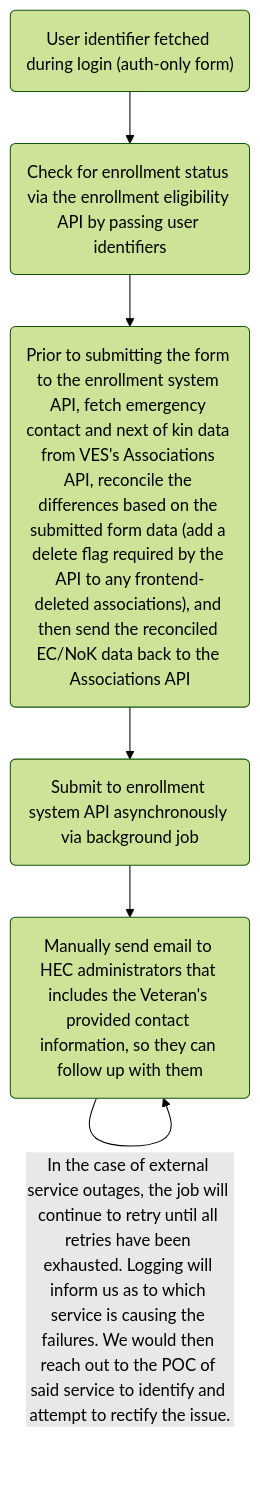
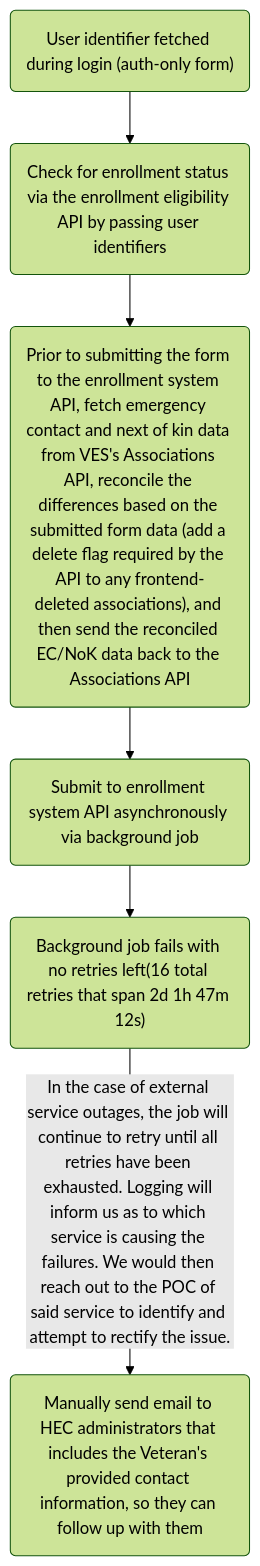
Before and after one commit to department-of-veterans-affairs/va.gov-team: the diagram in products/health-care/application/health-update-form/Engineering/10-10EZR Flow Chart.md, drawn with Mermaid.

Commit message:
Update 10-10EZR Flow Chart.md

````diff
--- a/products/health-care/application/health-update-form/Engineering/10-10EZR Flow Chart.md
+++ b/products/health-care/application/health-update-form/Engineering/10-10EZR Flow Chart.md
@@ -1,13 +1,13 @@
 ```mermaid
 ---
 config:
   theme: forest
 ---
 flowchart TD
     A("User identifier fetched during login (auth-only form)")
     A --> B(Check for enrollment status via the enrollment eligibility API by passing user identifiers)
     B --> C("Prior to submitting the form to the enrollment system API, fetch emergency contact and next of kin data from VES's Associations API, reconcile the differences based on the submitted form data (add a delete flag required by the API to any frontend-deleted associations), and then send the reconciled EC/NoK data back to the Associations API")
     C --> D(Submit to enrollment system API asynchronously via background job)
     D --> E("Background job fails with no retries left(16 total retries that span 2d 1h 47m 12s)")
-    E -->|In the case of external service outages, the job will continue to retry until all retries have been exhausted. Logging will inform us as to which service is causing the failures. We would then reach out to the POC of said service to identify and attempt to rectify the issue.| E(Manually send email to HEC administrators that includes the Veteran's provided contact information, so they can follow up with them)
+    E -->|In the case of external service outages, the job will continue to retry until all retries have been exhausted. Logging will inform us as to which service is causing the failures. We would then reach out to the POC of said service to identify and attempt to rectify the issue.| F(Manually send email to HEC administrators that includes the Veteran's provided contact information, so they can follow up with them)
 ```
````
